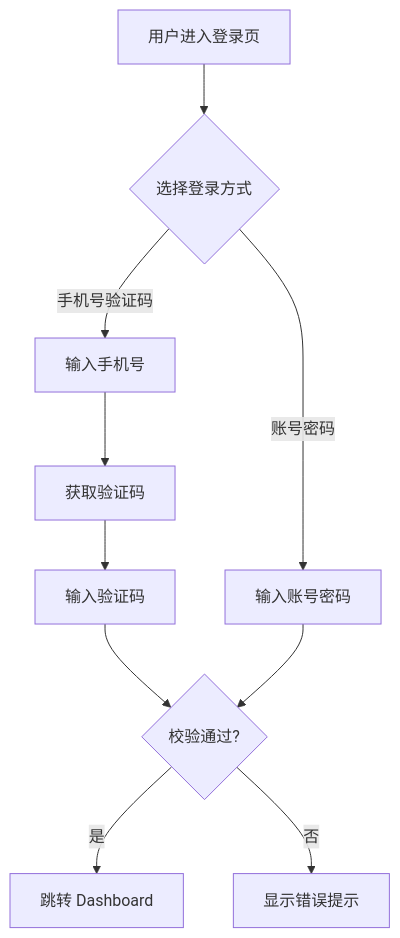
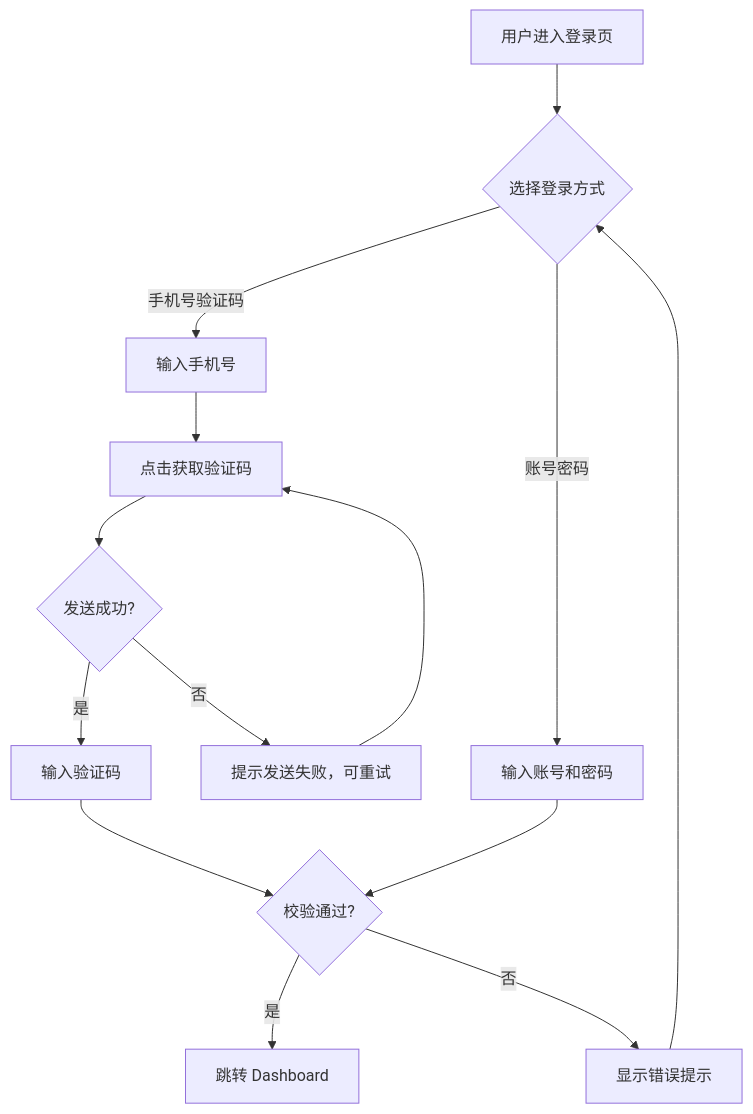
The first of 2 diagrams in assets/docs-templates/prd-demo/PRD.md (TheGoldenWave/bootstrap-agentic-project), drawn with Mermaid before and after one commit. The commit also changed other lines of this file, not shown here.

````diff
--- a/assets/docs-templates/prd-demo/PRD.md
+++ b/assets/docs-templates/prd-demo/PRD.md
@@ -8,12 +19,16 @@
 ```mermaid
 flowchart TD
     A[用户进入登录页] --> B{选择登录方式}
     B -->|手机号验证码| C[输入手机号]
-    C --> D[获取验证码]
-    D --> E[输入验证码]
-    B -->|账号密码| F[输入账号密码]
-    E --> G{校验通过?}
-    F --> G
-    G -->|是| H[跳转 Dashboard]
-    G -->|否| I[显示错误提示]
+    C --> D[点击获取验证码]
+    D --> E{发送成功?}
+    E -->|是| F[输入验证码]
+    E -->|否| G[提示发送失败，可重试]
+    G --> D
+    B -->|账号密码| H[输入账号和密码]
+    F --> I{校验通过?}
+    H --> I
+    I -->|是| J[跳转 Dashboard]
+    I -->|否| K[显示错误提示]
+    K --> B
 ```
````
